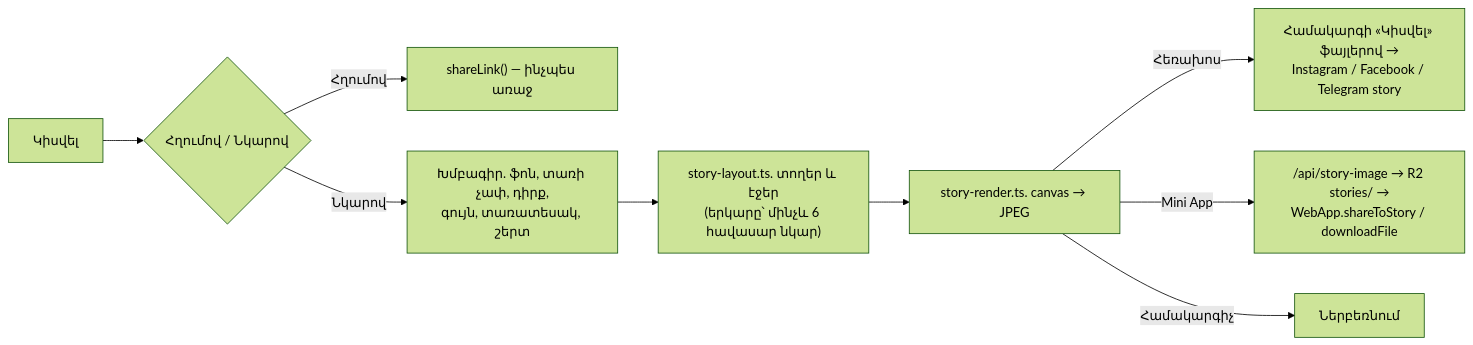
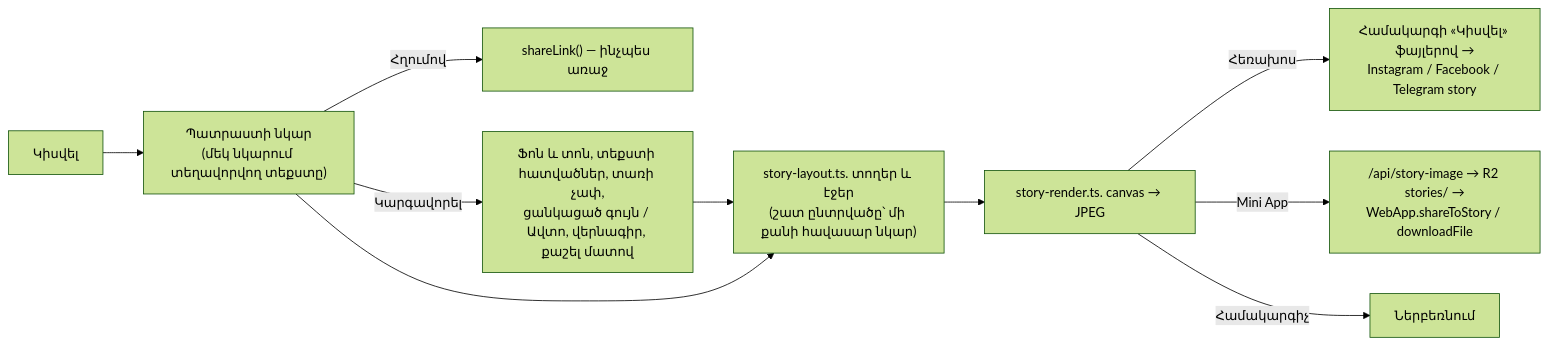
Diagram 19 of 25 in docs/ARCHITECTURE.md (T0n0yan/armenian-apostolic-digital-library), drawn with Mermaid (forest theme) before and after one commit. The commit also changed other lines of this file and 6 other files, not shown here.

First line of the commit message:
Կիսվել. միանգամից նկարը, կարգավորումներ՝ տեքստի հատվածներ, քաշել մատով, ցանկացած գույն և Ավտո, վերնագիրը թաքցնել

````diff
--- a/docs/ARCHITECTURE.md
+++ b/docs/ARCHITECTURE.md
@@ -525,11 +525,12 @@
 ```mermaid
 flowchart LR
-  SB["Կիսվել"] --> CH{"Հղումով / Նկարով"}
-  CH -->|Հղումով| LINK["shareLink() — ինչպես առաջ"]
-  CH -->|Նկարով| ED["Խմբագիր. ֆոն, տառի չափ, դիրք,<br/>գույն, տառատեսակ, շերտ"]
-  ED --> PLAN["story-layout.ts. տողեր և էջեր<br/>(երկարը՝ մինչև 6 հավասար նկար)"]
+  SB["Կիսվել"] --> PRE["Պատրաստի նկար<br/>(մեկ նկարում տեղավորվող տեքստը)"]
+  PRE -->|Հղումով| LINK["shareLink() — ինչպես առաջ"]
+  PRE -->|Կարգավորել| ED["Ֆոն և տոն, տեքստի հատվածներ, տառի չափ,<br/>ցանկացած գույն / Ավտո, վերնագիր, քաշել մատով"]
+  ED --> PLAN["story-layout.ts. տողեր և էջեր<br/>(շատ ընտրվածը՝ մի քանի հավասար նկար)"]
+  PRE --> PLAN
   PLAN --> CV["story-render.ts. canvas → JPEG"]
   CV -->|Հեռախոս| OS["Համակարգի «Կիսվել» ֆայլերով →<br/>Instagram / Facebook / Telegram story"]
   CV -->|Mini App| UP["/api/story-image → R2 stories/ →<br/>WebApp.shareToStory / downloadFile"]
   CV -->|Համակարգիչ| DL["Ներբեռնում"]
 ```
````
